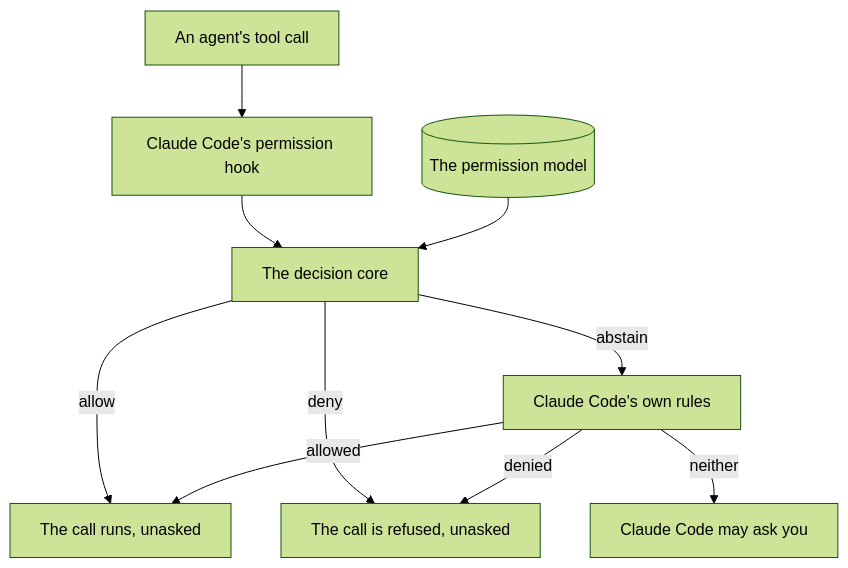
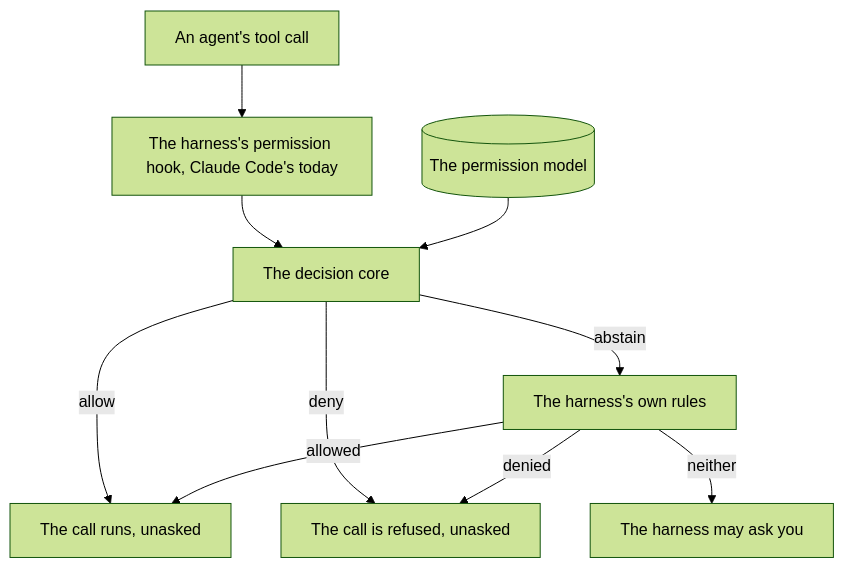
Before and after one commit to aleskalfas/project-kit: the diagram in .pkit/permissions/README.md, drawn with Mermaid (forest theme). The commit also changed other lines of this file and 3 other files, not shown here.

First line of the commit message:
docs(permissions): the README opens with why the permission model exists

````diff
--- a/.pkit/permissions/README.md
+++ b/.pkit/permissions/README.md
@@ -56,14 +138,14 @@
 ```mermaid
 flowchart TD
   accTitle: How a tool call is decided
-  accDescr: An agent's tool call goes to Claude Code's permission hook, which has the decision core decide it. The core reads the permission model, and its verdict is allow, deny or abstain. On allow the call runs, and on deny it is refused, with no prompt for either. On abstain, Claude Code's own rules decide: they run the call or refuse it, and otherwise Claude Code may ask you.
-  call["An agent's tool call"] --> hook["Claude Code's permission hook"]
+  accDescr: An agent's tool call goes to the harness's permission hook, Claude Code's today, which has the decision core decide it. The core reads the permission model, and its verdict is allow, deny or abstain. On allow the call runs, and on deny it is refused, with no prompt for either. On abstain, the harness's own rules decide: they run the call or refuse it, and otherwise the harness may ask you.
+  call["An agent's tool call"] --> hook["The harness's permission hook, Claude Code's today"]
   hook --> core["The decision core"]
   model[("The permission model")] --> core
   core -->|allow| runs["The call runs, unasked"]
   core -->|deny| refused["The call is refused, unasked"]
-  core -->|abstain| rules["Claude Code's own rules"]
+  core -->|abstain| rules["The harness's own rules"]
   rules -->|allowed| runs
   rules -->|denied| refused
-  rules -->|neither| asked["Claude Code may ask you"]
+  rules -->|neither| asked["The harness may ask you"]
 ```
````
